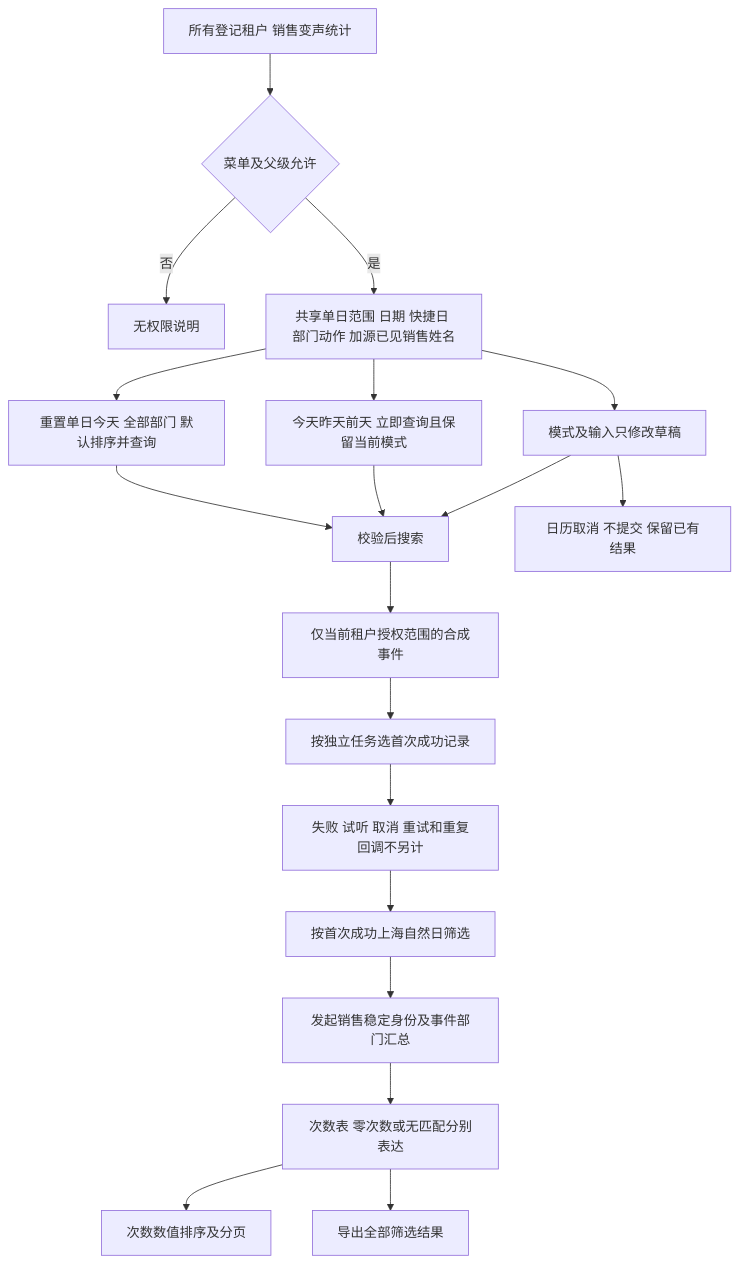
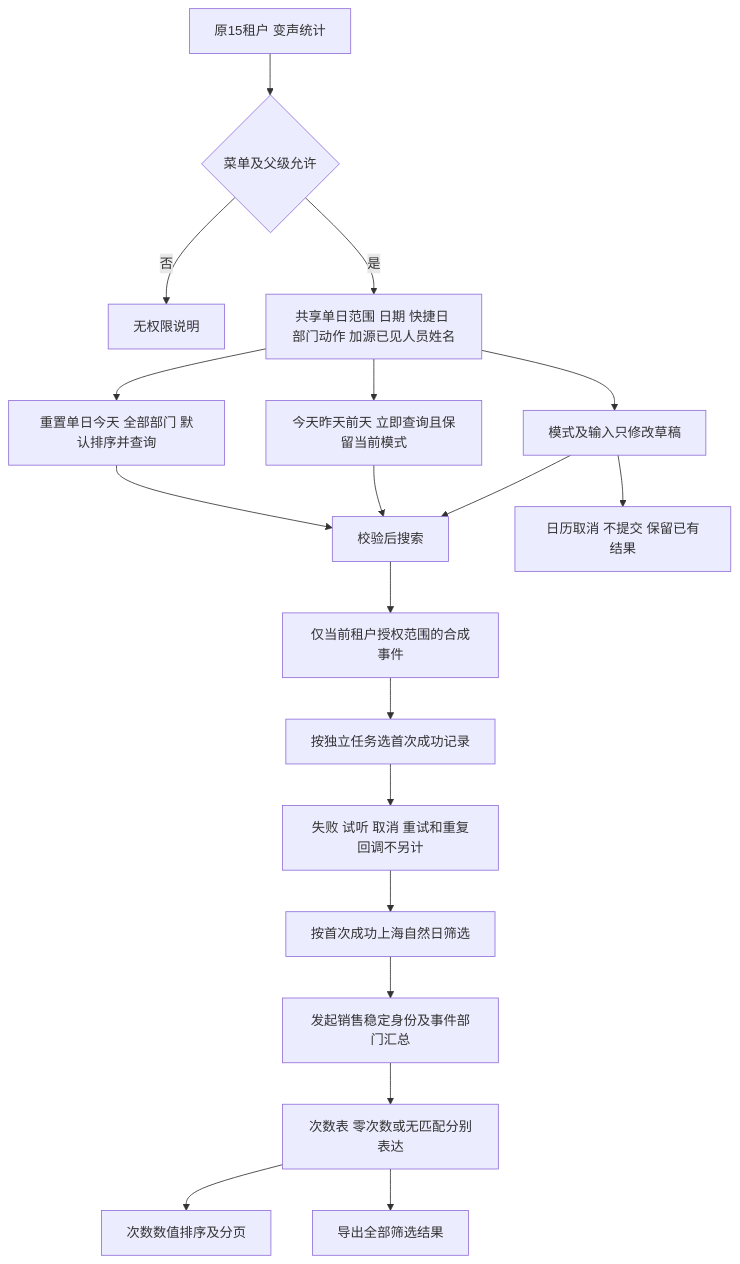
The eighth of 14 diagrams in flowcharts/admin-live-reference.md (xfang9528-glitch/suiyin-admin), drawn with Mermaid before and after one commit. The commit also changed other lines of this file and 83 other files, not shown here.

````diff
--- a/flowcharts/admin-live-reference.md
+++ b/flowcharts/admin-live-reference.md
@@ -220,21 +222,21 @@
 ```mermaid
 flowchart TD
-    Entry[所有登记租户 销售变声统计] --> Permission{菜单及父级允许}
+    Entry[原15租户 变声统计] --> Permission{菜单及父级允许}
     Permission -->|否| Denied[无权限说明]
-    Permission -->|是| Form[共享单日范围 日期 快捷日 部门动作 加源已见销售姓名]
+    Permission -->|是| Form[共享单日范围 日期 快捷日 部门动作 加源已见人员姓名]
     Form --> Draft[模式及输入只修改草稿]
     Draft --> Search[校验后搜索]
     Form --> Quick[今天昨天前天 立即查询且保留当前模式]
     Quick --> Search
     Form --> Reset[重置单日今天 全部部门 默认排序并查询]
     Reset --> Search
     Draft --> Cancel[日历取消 不提交 保留已有结果]
     Search --> Tenant[仅当前租户授权范围的合成事件]
     Tenant --> Dedup[按独立任务选首次成功记录]
     Dedup --> Exclude[失败 试听 取消 重试和重复回调不另计]
     Exclude --> Time[按首次成功上海自然日筛选]
     Time --> Aggregate[发起销售稳定身份及事件部门汇总]
     Aggregate --> Result[次数表 零次数或无匹配分别表达]
     Result --> Sort[次数数值排序及分页]
     Result --> Export[导出全部筛选结果]
 ```
````
